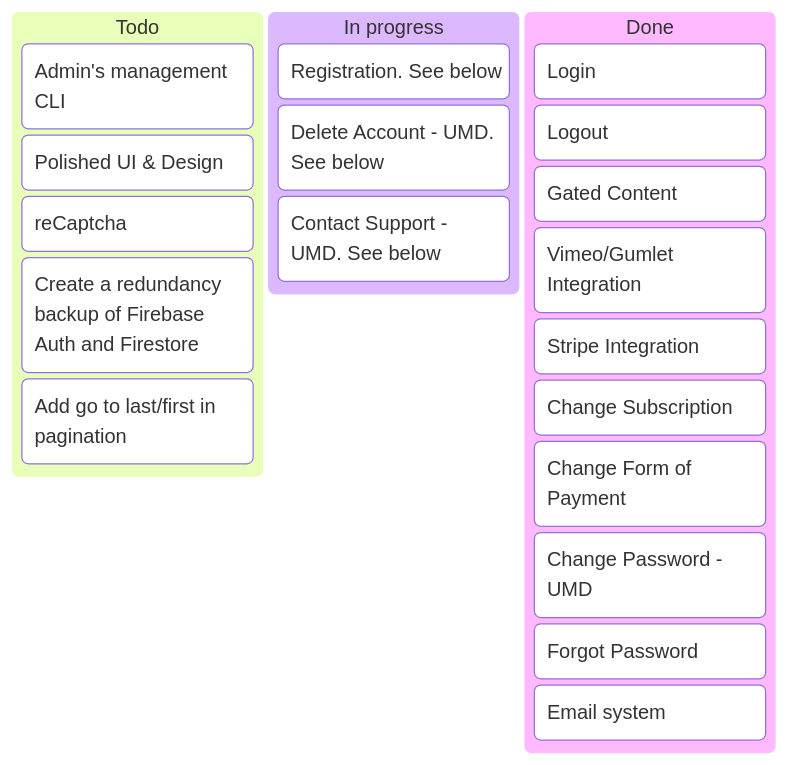
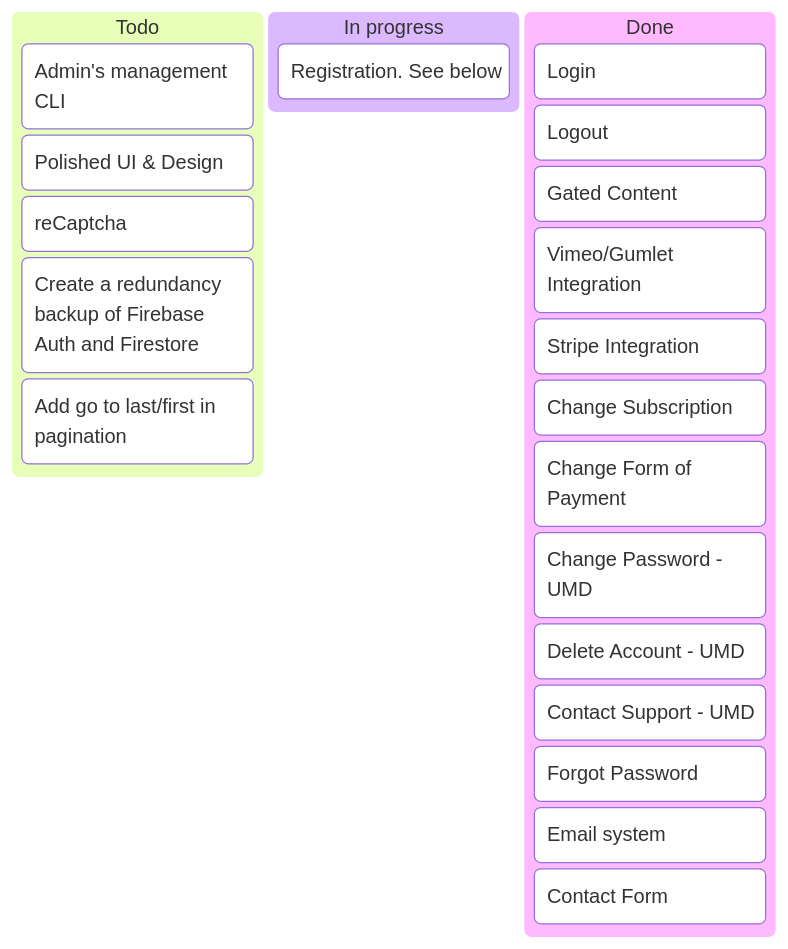
One commit to cheomanigua/bwadocs changed the diagram in content/docs/refactor.md. Above: the diagram before and after it, drawn with Mermaid. The commit also changed other lines of this file, not shown here.

````diff
--- a/content/docs/refactor.md
+++ b/content/docs/refactor.md
@@ -10,24 +10,25 @@
 ```mermaid
 kanban
   Todo
     [Admin's management CLI]
     [Polished UI & Design]
     [reCaptcha]
     [Create a redundancy backup of Firebase Auth and Firestore]
     [Add go to last/first in pagination]
   [In progress]
     [Registration. See below]
-    [Delete Account - UMD. See below]
-    [Contact Support - UMD. See below]
   [Done]
     [Login]
     [Logout]
     [Gated Content]
     [Vimeo/Gumlet Integration]
     [Stripe Integration]
     [Change Subscription]
     [Change Form of Payment]
     [Change Password - UMD]
+    [Delete Account - UMD]
+    [Contact Support - UMD]
     [Forgot Password]
     [Email system]
+    [Contact Form]
 ```
````
